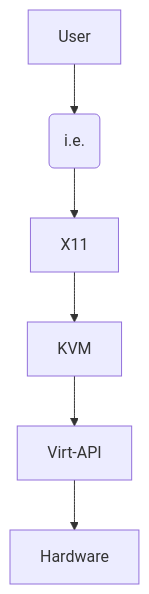
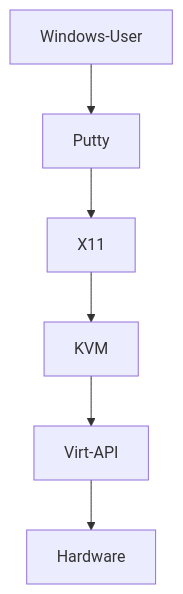
The diagram in linux/README.md (Regyl/KnowledgeDB), drawn with Mermaid before and after one commit.

````diff
--- a/linux/README.md
+++ b/linux/README.md
@@ -8,8 +8,8 @@
 ```mermaid
   graph TD;
       Virt-API --> Hardware;
       KVM --> Virt-API;
       X11 --> KVM;
-      Putty(i.e.) --> X11;
-      User --> Putty(i.e.);
+      Putty --> X11;
+      Windows-User --> Putty;
 ```
````
